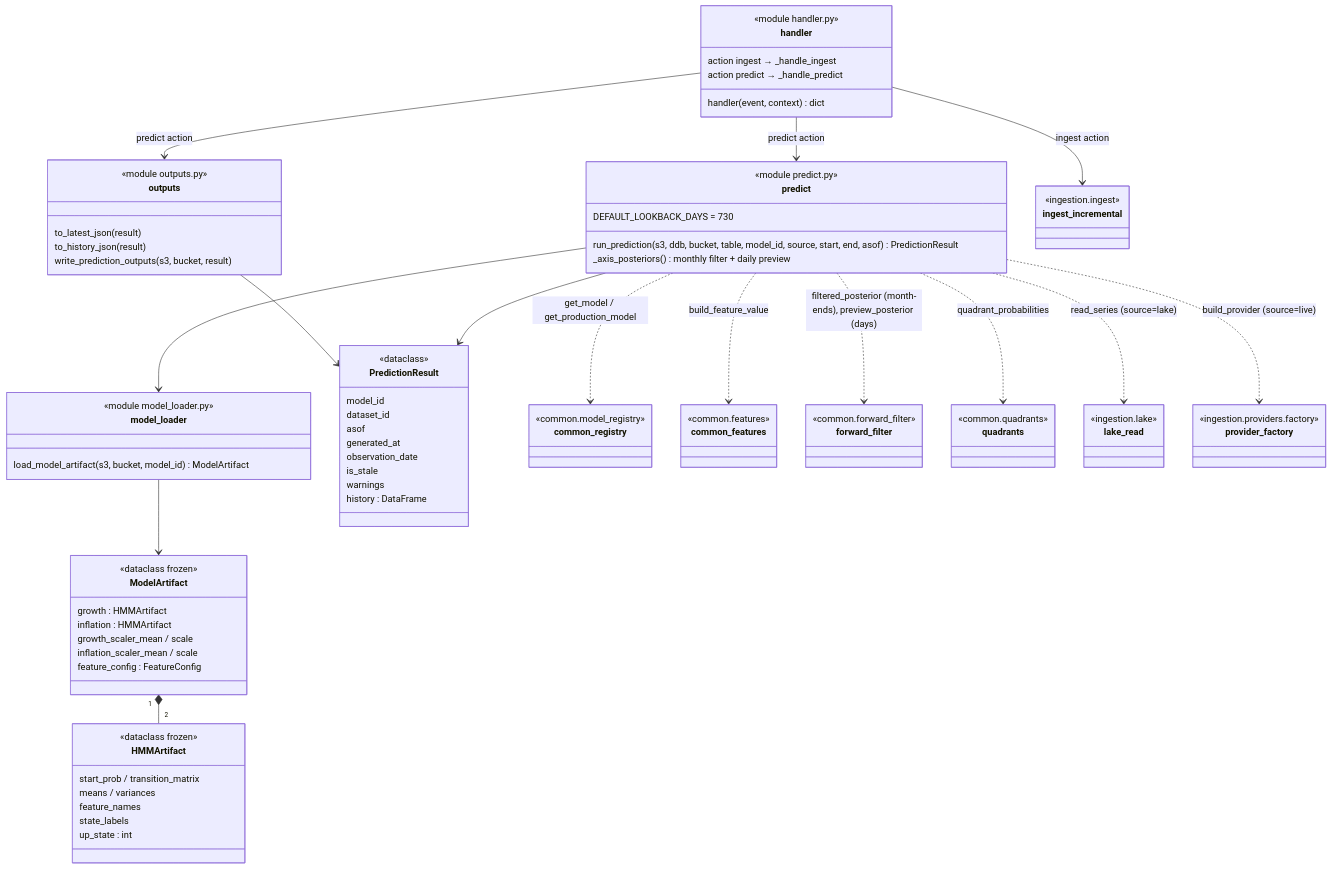
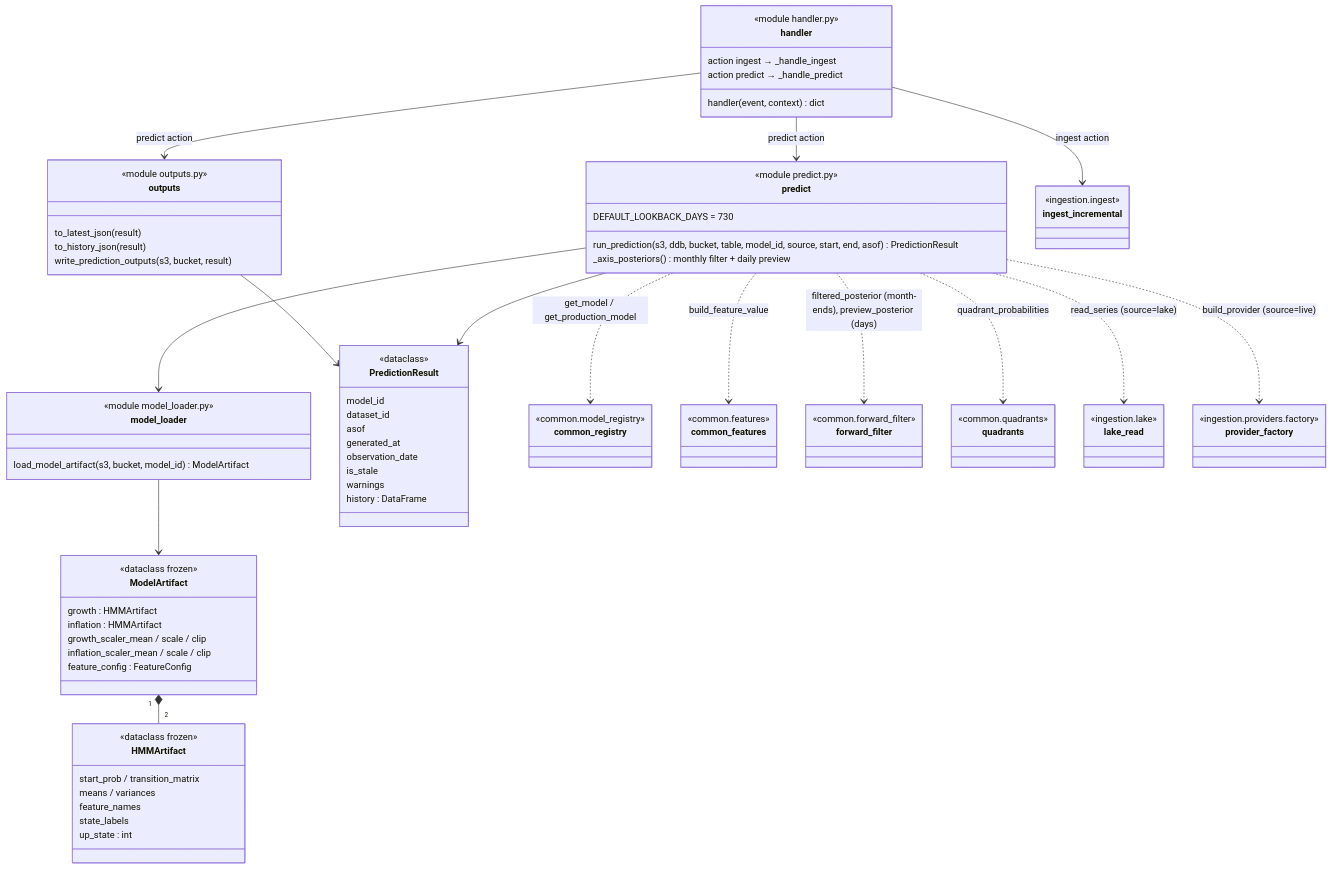
The fifth of 14 diagrams in ARCHITECTURE.md (jyjulianwong/Market-Regime-Detector), drawn with Mermaid before and after one commit. The commit also changed other lines of this file and 14 other files, not shown here.

```diff
--- a/ARCHITECTURE.md
+++ b/ARCHITECTURE.md
@@ -471,8 +540,8 @@
         <<dataclass frozen>>
         growth : HMMArtifact
         inflation : HMMArtifact
-        growth_scaler_mean / scale
-        inflation_scaler_mean / scale
+        growth_scaler_mean / scale / clip
+        inflation_scaler_mean / scale / clip
         feature_config : FeatureConfig
     }
     class model_loader {
```
